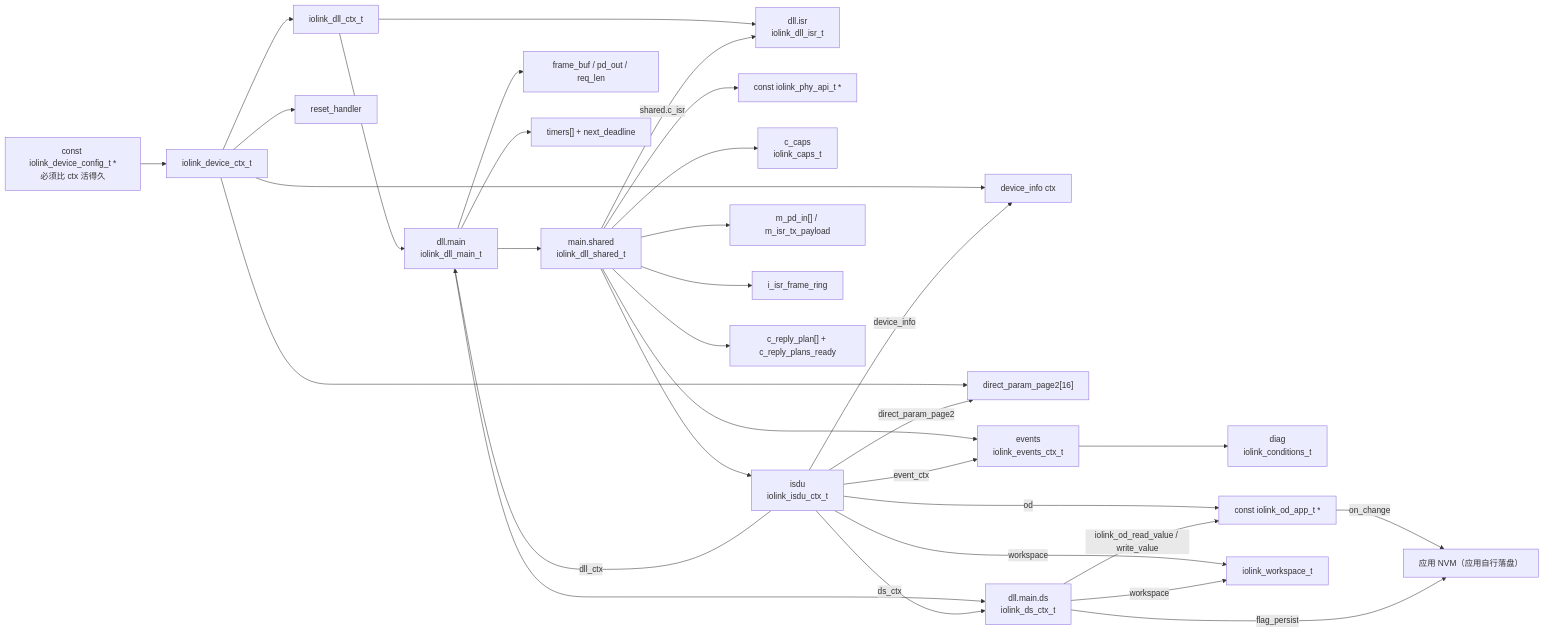
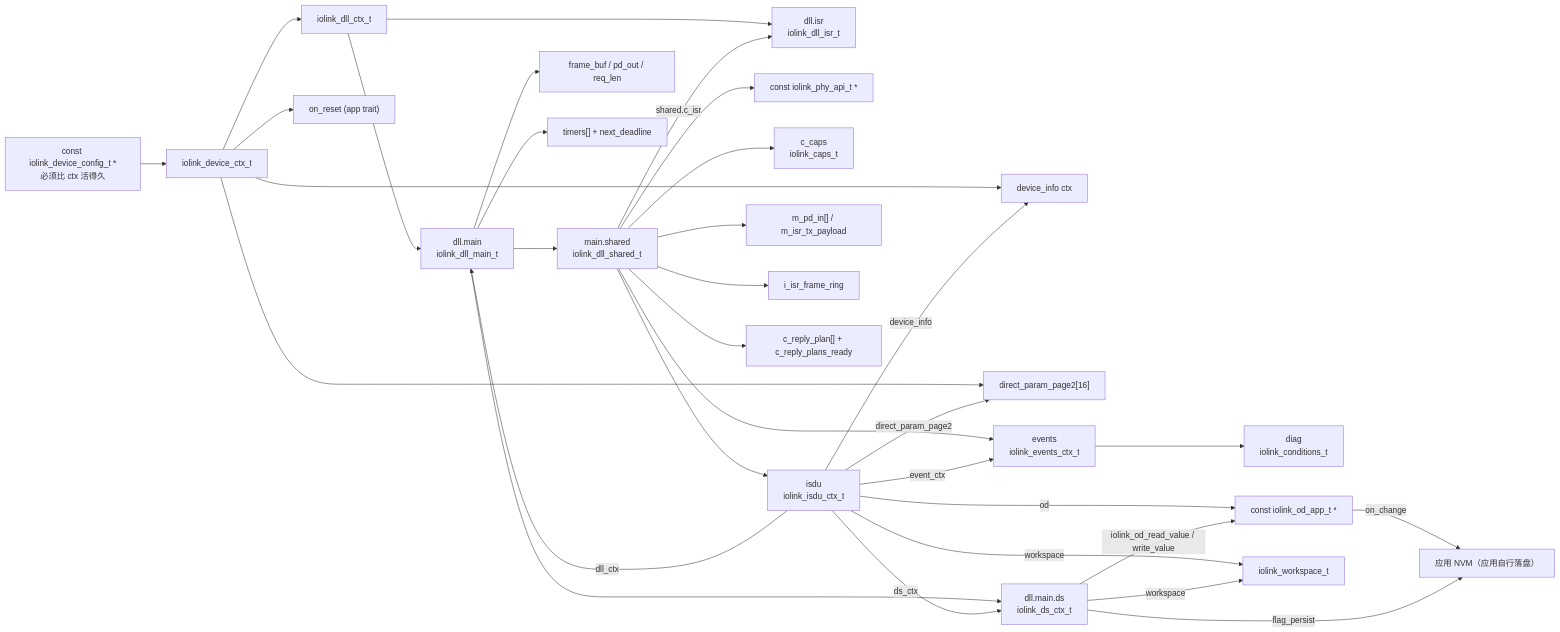
Before and after one commit to Adlyq/iolinki: the second of 17 diagrams in docs/CODE_FLOW.md, drawn with Mermaid. The commit also changed other lines of this file and 16 other files, not shown here.

````diff
--- a/docs/CODE_FLOW.md
+++ b/docs/CODE_FLOW.md
@@ -163,37 +163,37 @@
 ```mermaid
 flowchart LR
     CFG["const iolink_device_config_t *<br/>必须比 ctx 活得久"] --> DEV["iolink_device_ctx_t"]
     DEV --> DLL["iolink_dll_ctx_t"]
     DEV --> DI["device_info ctx"]
-    DEV --> RH["reset_handler"]
+    DEV --> RH["on_reset (app trait)"]
     DEV --> P2["direct_param_page2[16]"]
 
     DLL --> MAIN["dll.main<br/>iolink_dll_main_t"]
     DLL --> ISR["dll.isr<br/>iolink_dll_isr_t"]
     MAIN --> SH["main.shared<br/>iolink_dll_shared_t"]
     SH -->|"shared.c_isr"| ISR
 
     SH --> PHY["const iolink_phy_api_t *"]
     SH --> CAP["c_caps<br/>iolink_caps_t"]
     SH --> ISDU["isdu<br/>iolink_isdu_ctx_t"]
     SH --> EV["events<br/>iolink_events_ctx_t"]
     SH --> BUF["m_pd_in[] / m_isr_tx_payload"]
     SH --> RING["i_isr_frame_ring"]
     SH --> PLAN["c_reply_plan[] + c_reply_plans_ready"]
     MAIN --> DS["dll.main.ds<br/>iolink_ds_ctx_t"]
     MAIN --> FB["frame_buf / pd_out / req_len"]
     MAIN --> TMR["timers[] + next_deadline"]
     EV --> COND["diag<br/>iolink_conditions_t"]
 
     ISDU -->|ds_ctx| DS
     ISDU -->|event_ctx| EV
     ISDU -->|dll_ctx| MAIN
     ISDU -->|od| OD["const iolink_od_app_t *"]
     ISDU -->|device_info| DI
     ISDU -->|direct_param_page2| P2
     ISDU -->|workspace| WS["iolink_workspace_t"]
     DS -->|workspace| WS
     DS -->|"iolink_od_read_value / write_value"| OD
     OD -->|"on_change"| NVM["应用 NVM（应用自行落盘）"]
     DS -->|flag_persist| NVM
 ```
````
